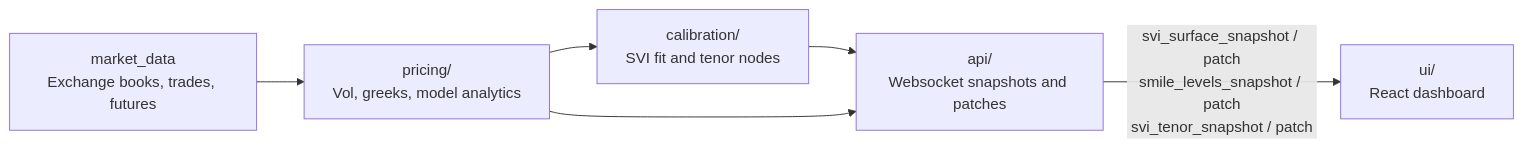
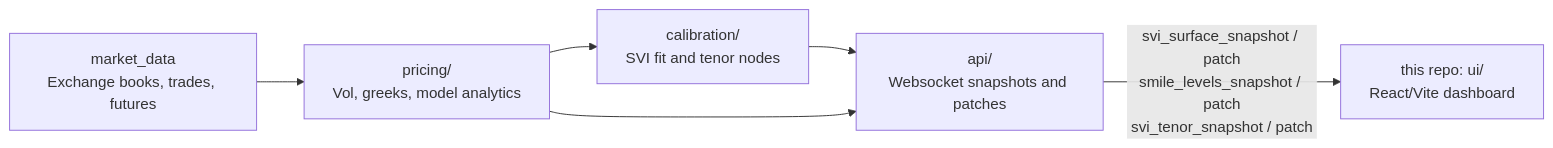
The diagram in README.md (SGordonQD/volatility-surface-front-end), drawn with Mermaid before and after one commit. The commit also changed other lines of this file and 2 other files, not shown here.

````diff
--- a/README.md
+++ b/README.md
@@ -18,14 +32,14 @@
 ```mermaid
 flowchart LR
   md["market_data<br/>Exchange books, trades, futures"]
   pricing["pricing/<br/>Vol, greeks, model analytics"]
   calib["calibration/<br/>SVI fit and tenor nodes"]
   api["api/<br/>Websocket snapshots and patches"]
-  ui["ui/<br/>React dashboard"]
+  ui["this repo: ui/<br/>React/Vite dashboard"]
 
   md --> pricing
   pricing --> calib
   calib --> api
   pricing --> api
   api -->|svi_surface_snapshot / patch<br/>smile_levels_snapshot / patch<br/>svi_tenor_snapshot / patch| ui
 ```
````
